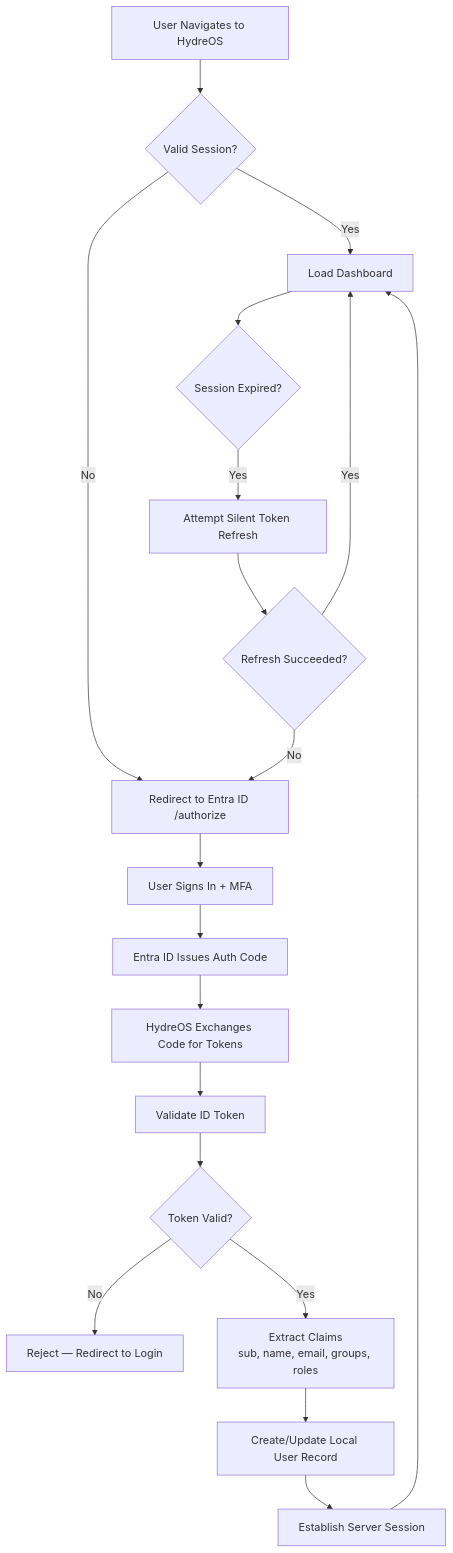
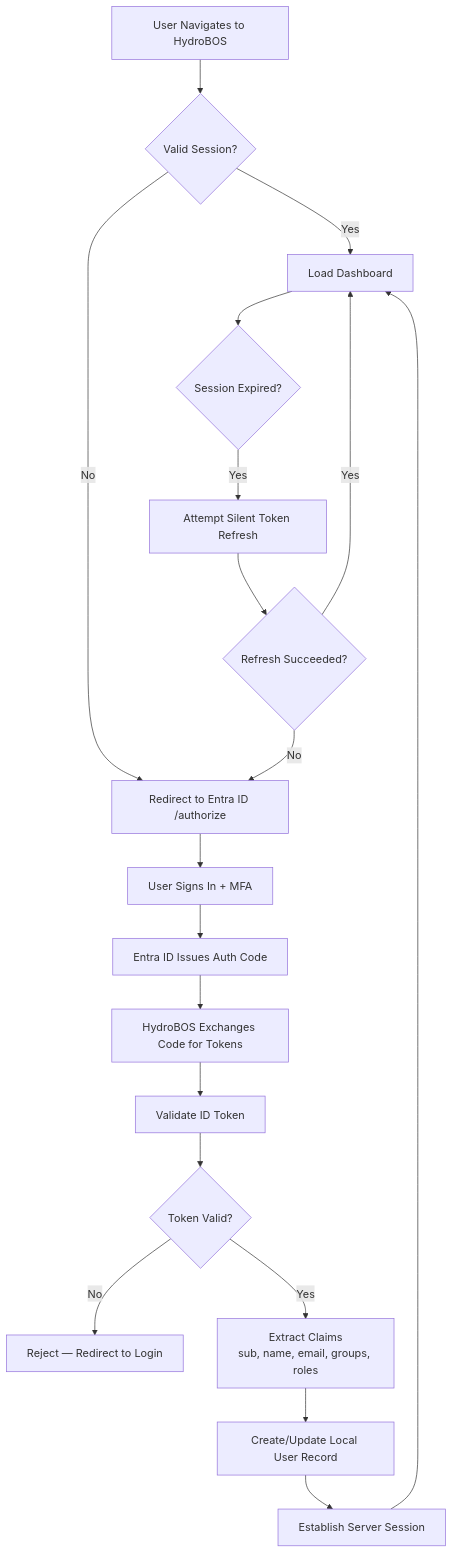
Before and after one commit to jrobinson-utahmmc/hydrobos: the second of 8 diagrams in docs/05-security-model.md, drawn with Mermaid. The commit also changed other lines of this file and 11 other files, not shown here.

````diff
--- a/docs/05-security-model.md
+++ b/docs/05-security-model.md
@@ -43,22 +43,22 @@
 ```mermaid
 flowchart TD
-    A[User Navigates to HydreOS] --> B{Valid Session?}
+    A[User Navigates to HydroBOS] --> B{Valid Session?}
     B -->|Yes| C[Load Dashboard]
     B -->|No| D[Redirect to Entra ID /authorize]
     D --> E[User Signs In + MFA]
     E --> F[Entra ID Issues Auth Code]
-    F --> G[HydreOS Exchanges Code for Tokens]
+    F --> G[HydroBOS Exchanges Code for Tokens]
     G --> H[Validate ID Token]
     H --> I{Token Valid?}
     I -->|No| J[Reject — Redirect to Login]
     I -->|Yes| K[Extract Claims<br/>sub, name, email, groups, roles]
     K --> L[Create/Update Local User Record]
     L --> M[Establish Server Session]
     M --> C
 
     C --> N{Session Expired?}
     N -->|Yes| O[Attempt Silent Token Refresh]
     O --> P{Refresh Succeeded?}
     P -->|Yes| C
     P -->|No| D
 ```
````
